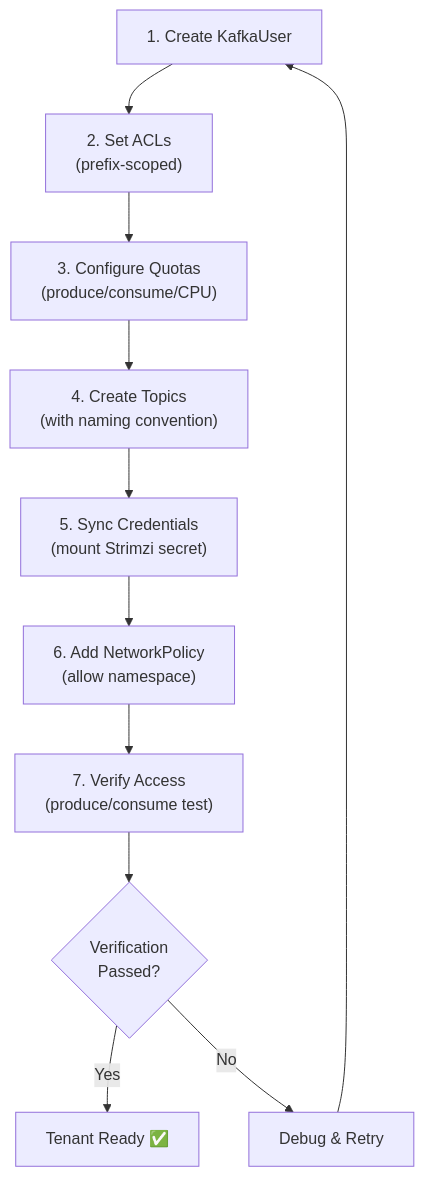
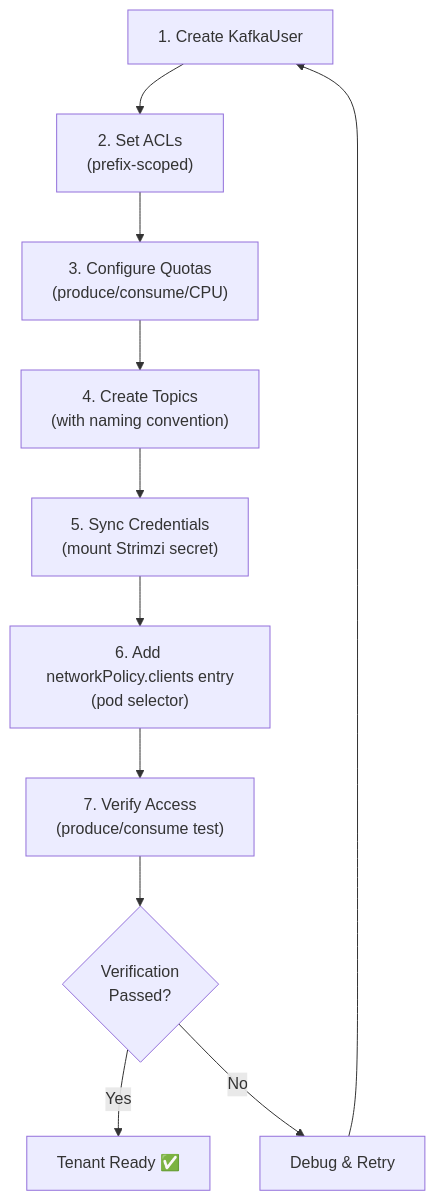
The third of 3 diagrams in docs/book/19-multi-tenancy.md (actions-marketplace-validations/bmscomp_kates), drawn with Mermaid before and after one commit. The commit also changed other lines of this file and 5 other files, not shown here.

First line of the commit message:
docs(book): one home for NetworkPolicy additivity, and the Kates API's name in Parts IV and V (#227)

````diff
--- a/docs/book/19-multi-tenancy.md
+++ b/docs/book/19-multi-tenancy.md
@@ -311,13 +311,13 @@
 ```mermaid
 flowchart TD
     A["1. Create KafkaUser"] --> B["2. Set ACLs\n(prefix-scoped)"]
     B --> C["3. Configure Quotas\n(produce/consume/CPU)"]
     C --> D["4. Create Topics\n(with naming convention)"]
     D --> E["5. Sync Credentials\n(mount Strimzi secret)"]
-    E --> F["6. Add NetworkPolicy\n(allow namespace)"]
+    E --> F["6. Add networkPolicy.clients entry\n(pod selector)"]
     F --> G["7. Verify Access\n(produce/consume test)"]
     G --> H{"Verification\nPassed?"}
     H -->|Yes| I["Tenant Ready ✅"]
     H -->|No| J["Debug & Retry"]
     J --> A
 ```
````
